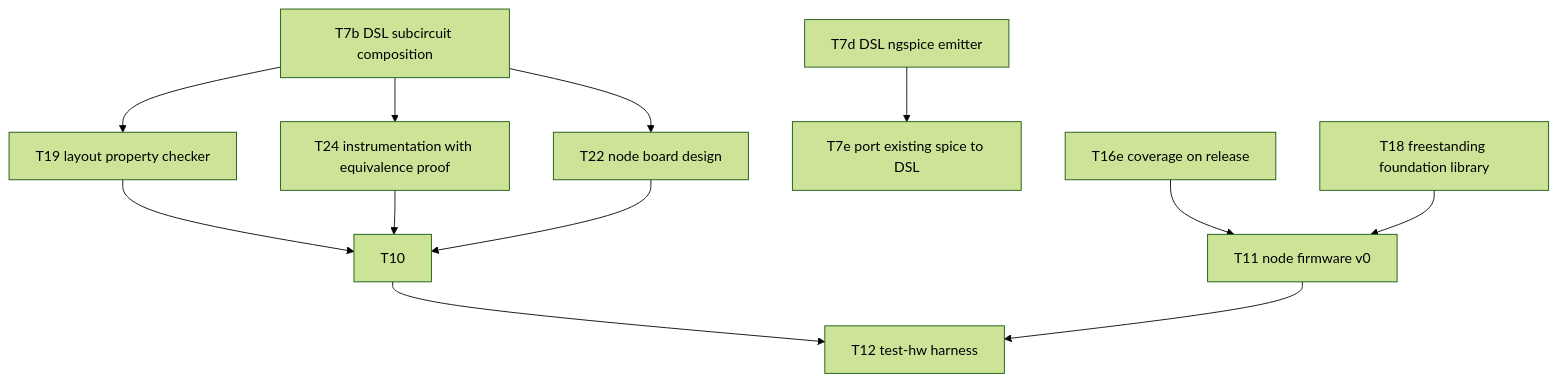
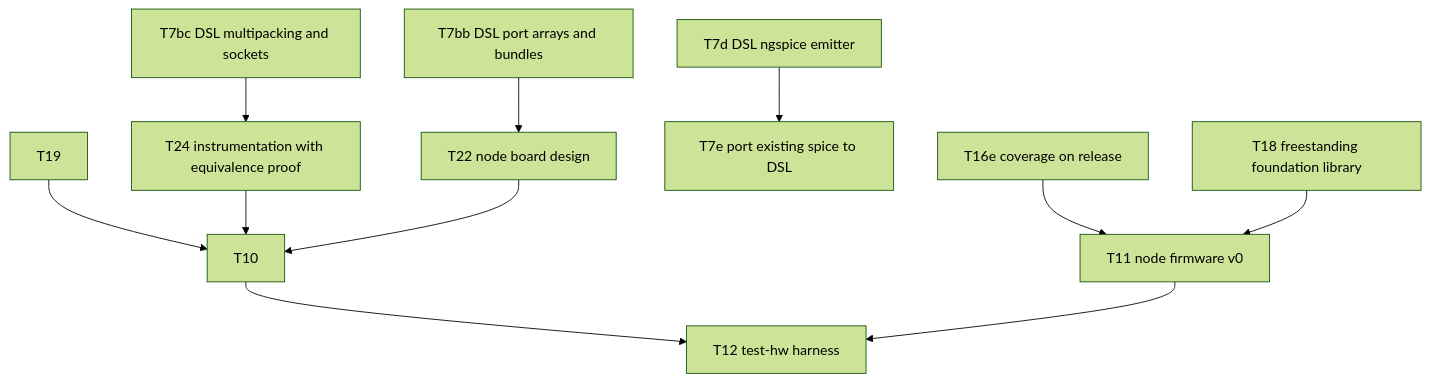
One commit to kristofferkoch/oparroy changed the diagram in KANBAN.md. Above: the diagram before and after it, drawn with Mermaid (forest theme). The commit also changed other lines of this file and 11 other files, not shown here.

````diff
--- a/KANBAN.md
+++ b/KANBAN.md
@@ -34,14 +34,13 @@
 ```mermaid
 graph TD
     T19 --> T10
-    T7b[T7b DSL subcircuit composition] --> T19[T19 layout property checker]
-    T7b --> T22[T22 node board design]
-    T7b --> T24[T24 instrumentation with equivalence proof]
+    T7bb[T7bb DSL port arrays and bundles] --> T22[T22 node board design]
+    T7bc[T7bc DSL multipacking and sockets] --> T24[T24 instrumentation with equivalence proof]
     T24 --> T10
     T22 --> T10
     T7d[T7d DSL ngspice emitter] --> T7e[T7e port existing spice to DSL]
     T10 --> T12[T12 test-hw harness]
     T11 --> T12
     T16e[T16e coverage on release] --> T11[T11 node firmware v0]
     T18[T18 freestanding foundation library] --> T11
 ```
````
